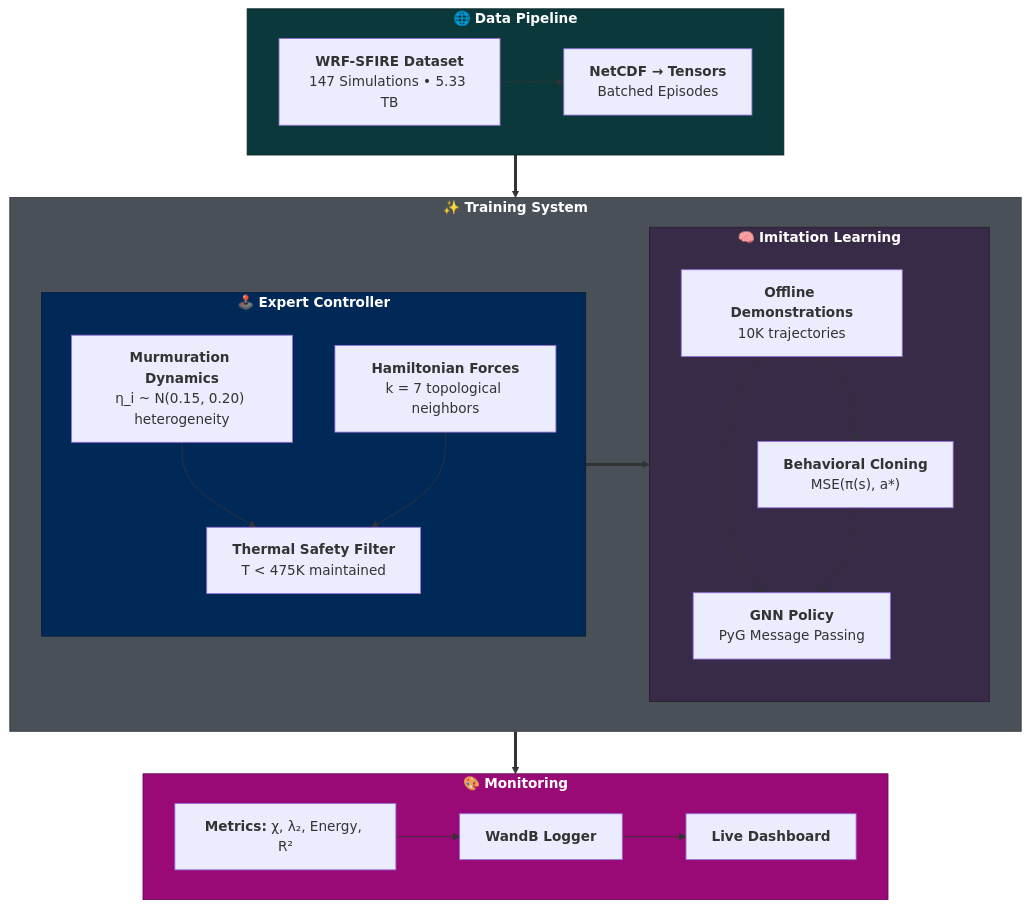
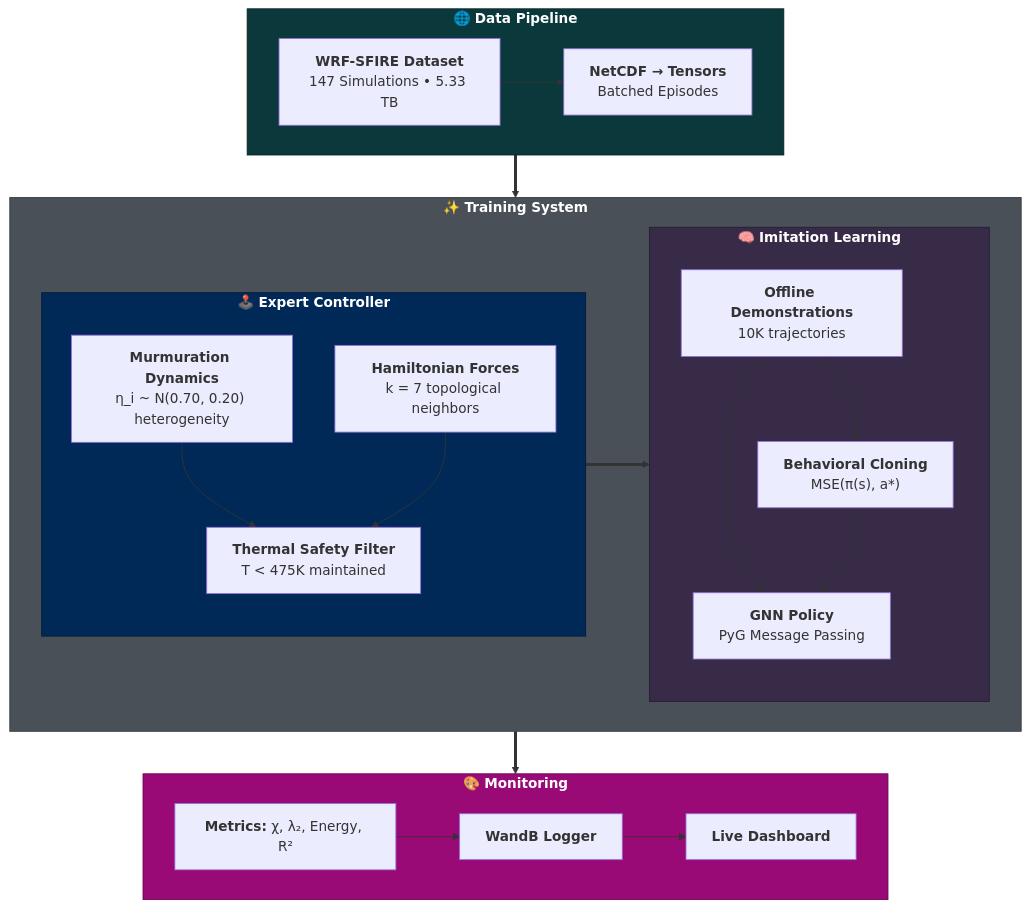
The diagram in README.md (Jybbs/Thermur), drawn with Mermaid before and after one commit. The commit also changed other lines of this file, not shown here.

Commit message:
docs: fixed all `heterogeneity_mean` references

````diff
--- a/README.md
+++ b/README.md
@@ -74,48 +74,48 @@
 ```mermaid
 flowchart TB
     subgraph Data["🌐 <b>Data Pipeline</b>"]
         A["<b>WRF-SFIRE Dataset</b><br/>147 Simulations • 5.33 TB"]
         B["<b>NetCDF → Tensors</b><br/>Batched Episodes"]
         A --> B
     end
 
     subgraph Training["✨ <b>Training System</b>"]
         subgraph Expert["🕹️ <b>Expert Controller</b>"]
             direction TB
-            C["<b>Murmuration Dynamics</b><br/>η_i ~ N(0.15, 0.20) heterogeneity"]
+            C["<b>Murmuration Dynamics</b><br/>η_i ~ N(0.70, 0.20) heterogeneity"]
             D["<b>Hamiltonian Forces</b><br/>k = 7 topological neighbors"]
             E["<b>Thermal Safety Filter</b><br/>T < 475K maintained"]
             C --> E
             D --> E
         end
 
         subgraph Learning["🧠 <b>Imitation Learning</b>"]
             direction TB
             F["<b>Offline Demonstrations</b><br/>10K trajectories"]
             G["<b>GNN Policy</b><br/>PyG Message Passing"]
             H["<b>Behavioral Cloning</b><br/>MSE(π(s), a*)"]
             F --> G
             F --> H
         end
 
         E ==> F
         H -.-> G
     end
 
     subgraph Monitor["🎨 <b>Monitoring</b>"]
         I["<b>Metrics:</b> χ, λ₂, Energy, R²"]
         J["<b>WandB Logger</b>"]
         K["<b>Live Dashboard</b>"]
         I --> J
         J --> K
     end
 
     Data ==> Training
     Training ==> Monitor
 
     style Data fill:#0b393b,stroke:#052123,color:#fff
     style Training fill:#495057,stroke:#343a40,color:#fff
     style Expert fill:#002958,stroke:#001a39,color:#fff
     style Learning fill:#372B47,stroke:#251d32,color:#fff
     style Monitor fill:#990a77,stroke:#660550,color:#fff
 ```
````
